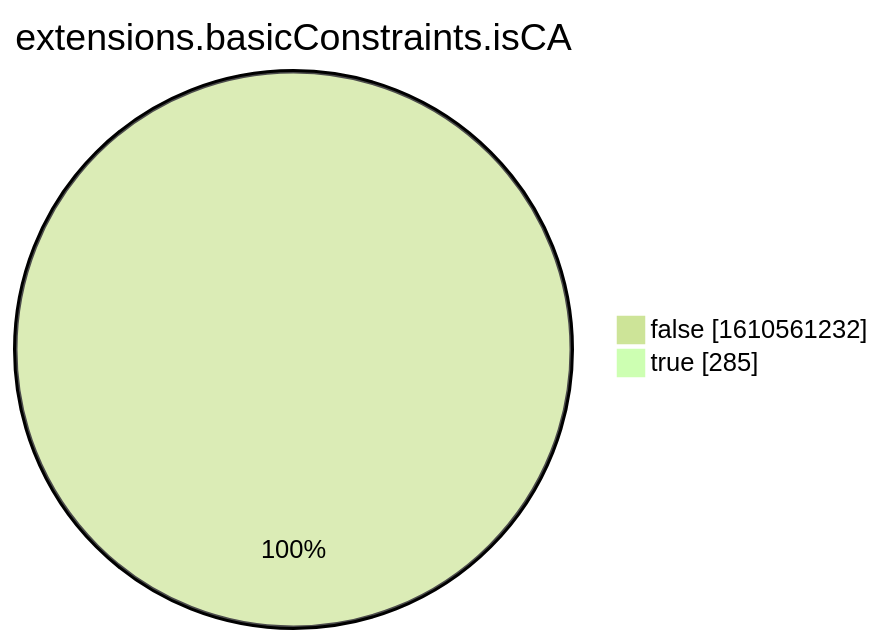
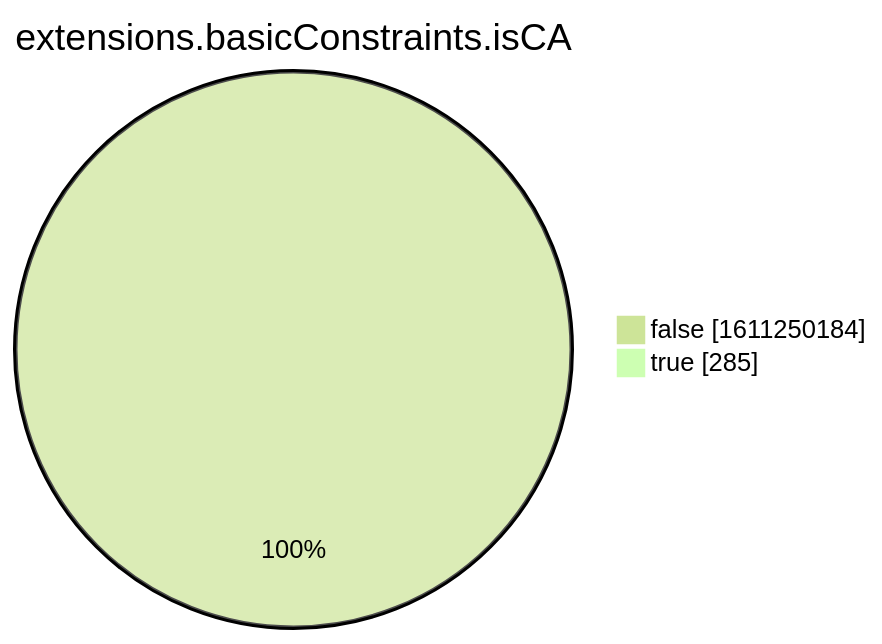
The eighth of 15 diagrams in xenon2022/README.md (christiankrug/ctmonitor_visualization), drawn with Mermaid (forest theme) before and after one commit. The commit also changed other lines of this file, not shown here.

````diff
--- a/xenon2022/README.md
+++ b/xenon2022/README.md
@@ -2862,6 +2862,6 @@
 ```mermaid
 pie showData
 title extensions.basicConstraints.isCA
-"false" :1610561232
+"false" :1611250184
 "true" :285
 ```
````
